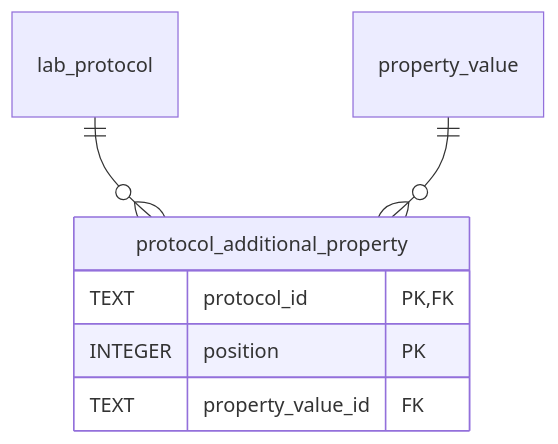
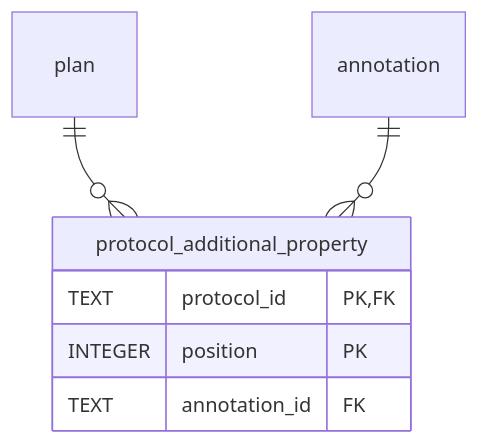
Diagram 16 of 18 in schemas/sql/design.md (HLWeil/ProcessCore), drawn with Mermaid before and after one commit. The commit also changed other lines of this file and 134 other files, not shown here.

````diff
--- a/schemas/sql/design.md
+++ b/schemas/sql/design.md
@@ -485,10 +485,10 @@
 ```mermaid
 erDiagram
     protocol_additional_property {
         TEXT protocol_id PK,FK
         INTEGER position PK
-        TEXT property_value_id FK
+        TEXT annotation_id FK
     }
-    lab_protocol ||--o{ protocol_additional_property : ""
-    property_value ||--o{ protocol_additional_property : ""
+    plan ||--o{ protocol_additional_property : ""
+    annotation ||--o{ protocol_additional_property : ""
 ```
````
